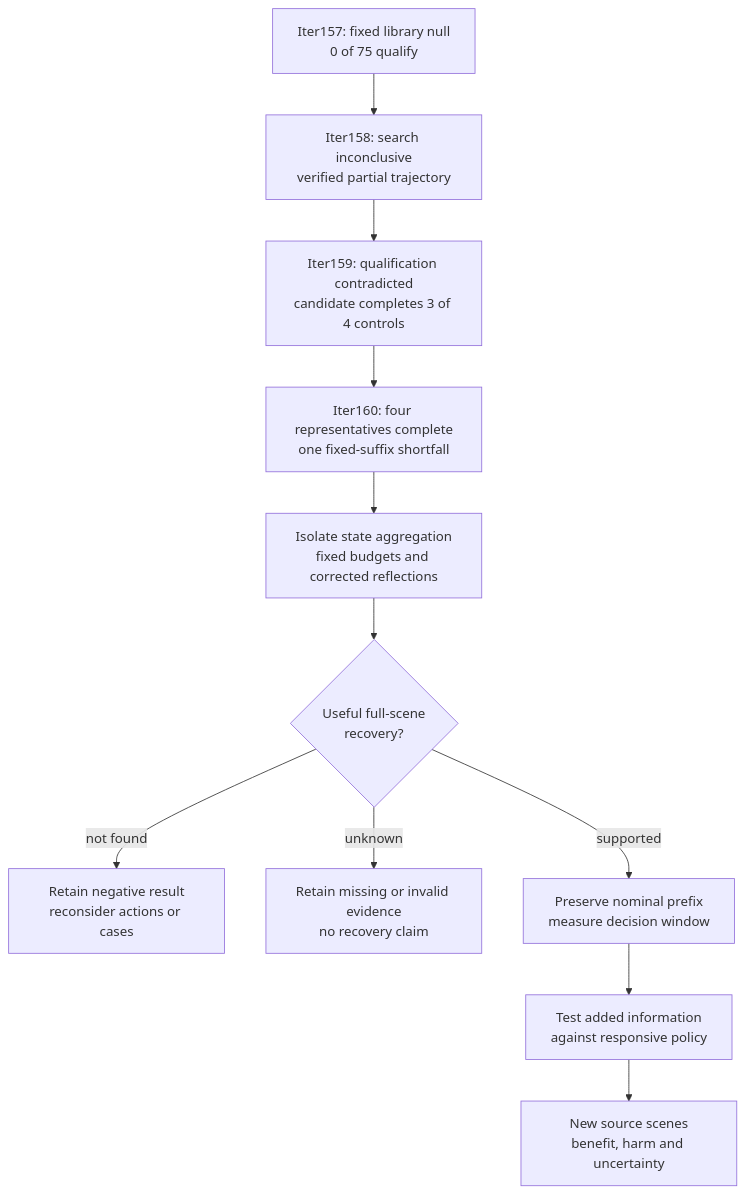
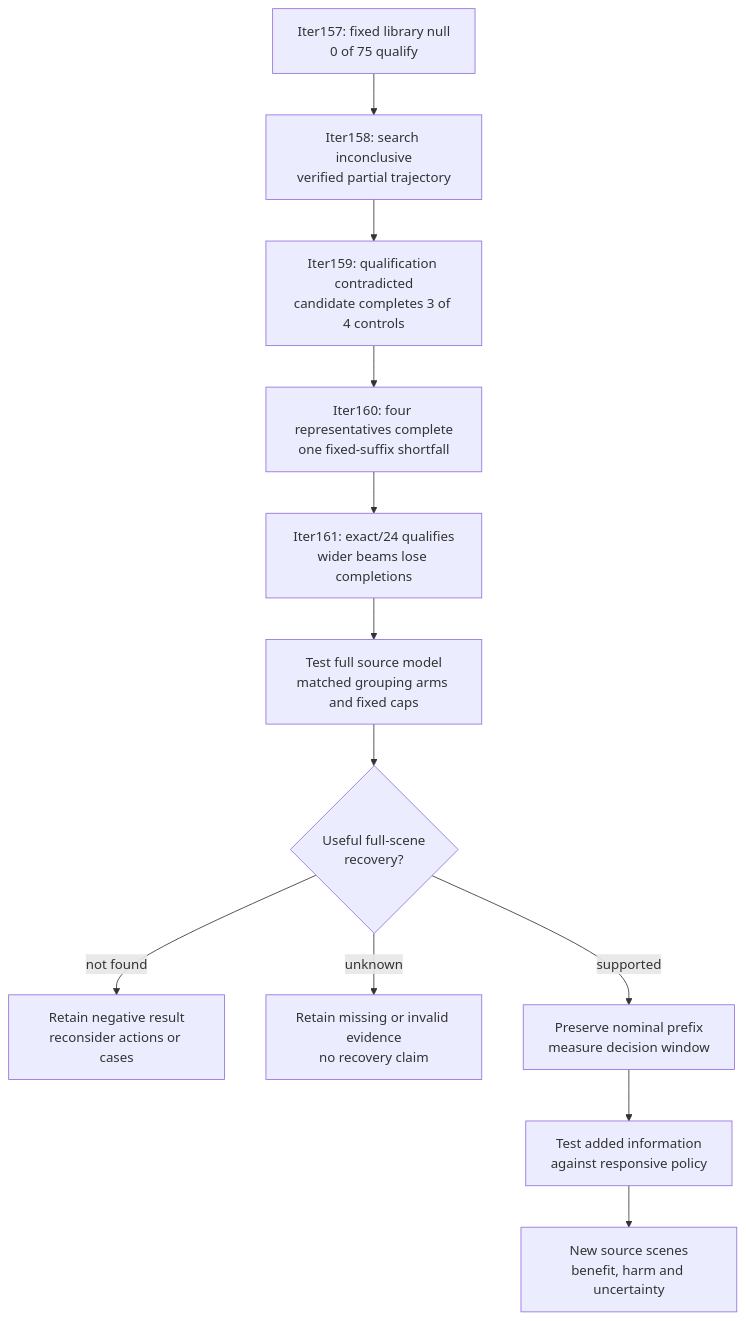
Before and after one commit to manfromnowhere143/sentinel: the third of 3 diagrams in README.md, drawn with Mermaid. The commit also changed other lines of this file and 26 other files, not shown here.

Commit message:
Close grouping-width ablation and document exact-state qualification

````diff
--- a/README.md
+++ b/README.md
@@ -542,15 +568,16 @@
 ```mermaid
 flowchart TB
   accTitle: The proposed route from collision replay to information benefit
-  accDescr: Complete constraints reject the retained library. A new action opportunity and native recovery must precede information testing.
+  accDescr: Synthetic qualification opens a source-model test. Useful native recovery must precede information testing.
   C["Iter157: fixed library null<br/>0 of 75 qualify"] --> A["Iter158: search inconclusive<br/>verified partial trajectory"]
   A --> Q["Iter159: qualification contradicted<br/>candidate completes 3 of 4 controls"]
   Q --> K["Iter160: four representatives complete<br/>one fixed-suffix shortfall"]
-  K --> S["Isolate state aggregation<br/>fixed budgets and corrected reflections"]
+  K --> G["Iter161: exact/24 qualifies<br/>wider beams lose completions"]
+  G --> S["Test full source model<br/>matched grouping arms and fixed caps"]
   S --> R{"Useful full-scene<br/>recovery?"}
   R -- "not found" --> N["Retain negative result<br/>reconsider actions or cases"]
   R -- "unknown" --> U["Retain missing or invalid evidence<br/>no recovery claim"]
   R -- "supported" --> W["Preserve nominal prefix<br/>measure decision window"]
   W --> I["Test added information<br/>against responsive policy"]
   I --> H["New source scenes<br/>benefit, harm and uncertainty"]
 ```
````
